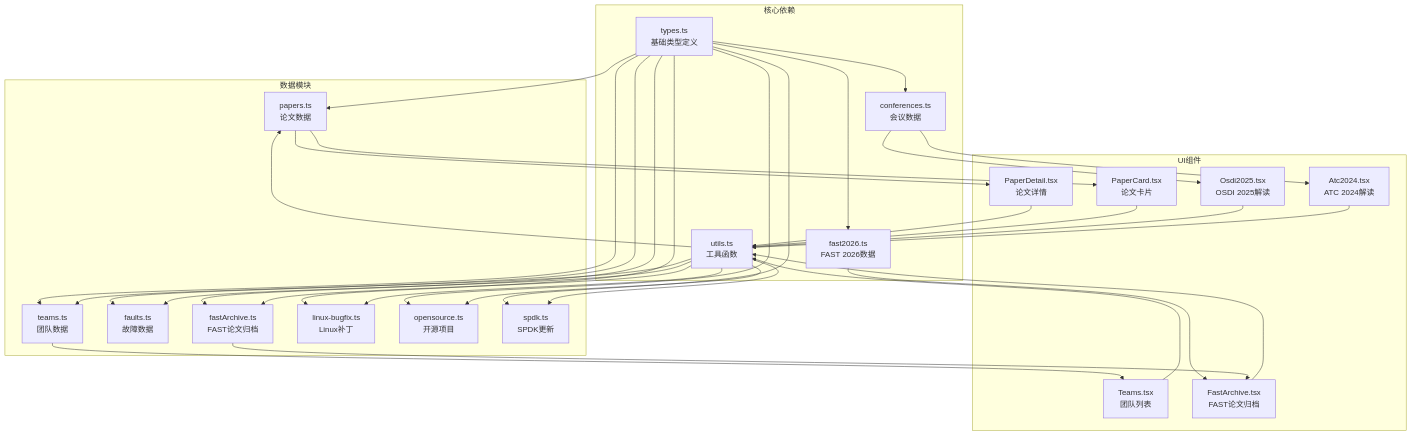
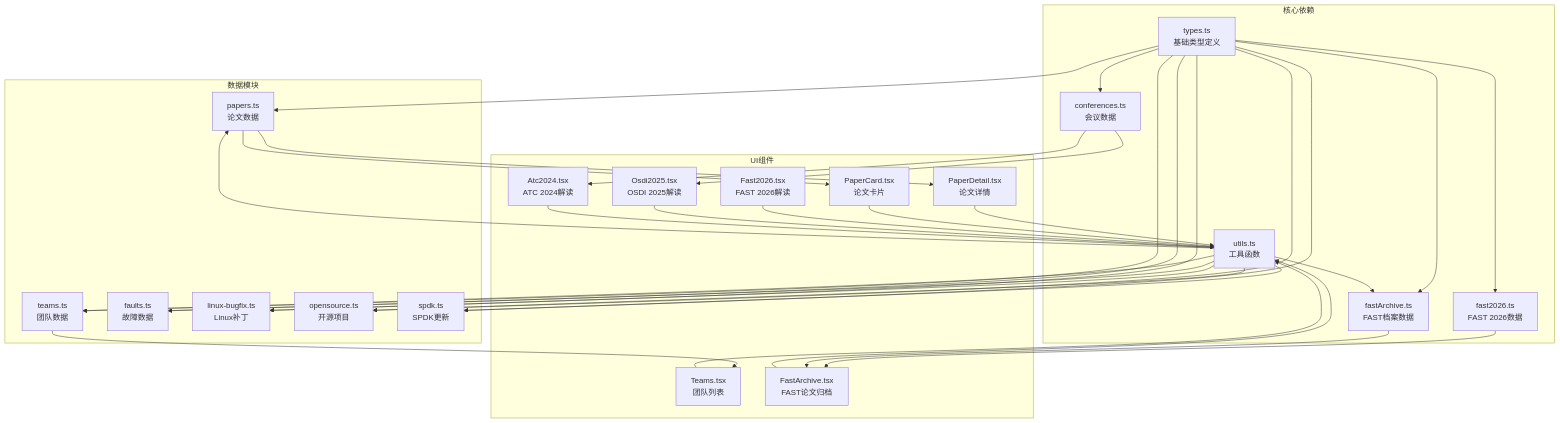
Before and after one commit to erikliu123/storage_ai_blog: diagram 16 of 18 in .qoder/repowiki/zh/content/数据模型/数据模型.md, drawn with Mermaid. The commit also changed other lines of this file and 61 other files, not shown here.

````diff
--- a/.qoder/repowiki/zh/content/数据模型/数据模型.md
+++ b/.qoder/repowiki/zh/content/数据模型/数据模型.md
@@ -748,55 +843,57 @@
 ```mermaid
 graph TD
 subgraph "核心依赖"
 A[types.ts<br/>基础类型定义]
 B[utils.ts<br/>工具函数]
 C[conferences.ts<br/>会议数据]
 D[fast2026.ts<br/>FAST 2026数据]
+E[fastArchive.ts<br/>FAST档案数据]
 end
 subgraph "数据模块"
-E[papers.ts<br/>论文数据]
-F[teams.ts<br/>团队数据]
-G[faults.ts<br/>故障数据]
-H[fastArchive.ts<br/>FAST论文归档]
+F[papers.ts<br/>论文数据]
+G[teams.ts<br/>团队数据]
+H[faults.ts<br/>故障数据]
 I[linux-bugfix.ts<br/>Linux补丁]
 J[opensource.ts<br/>开源项目]
 K[spdk.ts<br/>SPDK更新]
 end
 subgraph "UI组件"
 L[PaperDetail.tsx<br/>论文详情]
 M[Teams.tsx<br/>团队列表]
 N[PaperCard.tsx<br/>论文卡片]
 O[FastArchive.tsx<br/>FAST论文归档]
-P[Osdi2025.tsx<br/>OSDI 2025解读]
-Q[Atc2024.tsx<br/>ATC 2024解读]
+P[Fast2026.tsx<br/>FAST 2026解读]
+Q[Osdi2025.tsx<br/>OSDI 2025解读]
+R[Atc2024.tsx<br/>ATC 2024解读]
 end
-A --> E
 A --> F
 A --> G
 A --> H
+A --> E
 A --> I
 A --> J
 A --> K
 A --> C
 A --> D
-B --> E
 B --> F
 B --> G
 B --> H
+B --> E
 B --> I
 B --> J
 B --> K
-C --> P
 C --> Q
+C --> R
 D --> O
-E --> L
-E --> N
-F --> M
-H --> O
+E --> O
+F --> L
+F --> N
+G --> M
 L --> B
 M --> B
 N --> B
 O --> B
 P --> B
 Q --> B
+R --> B
 ```
````
